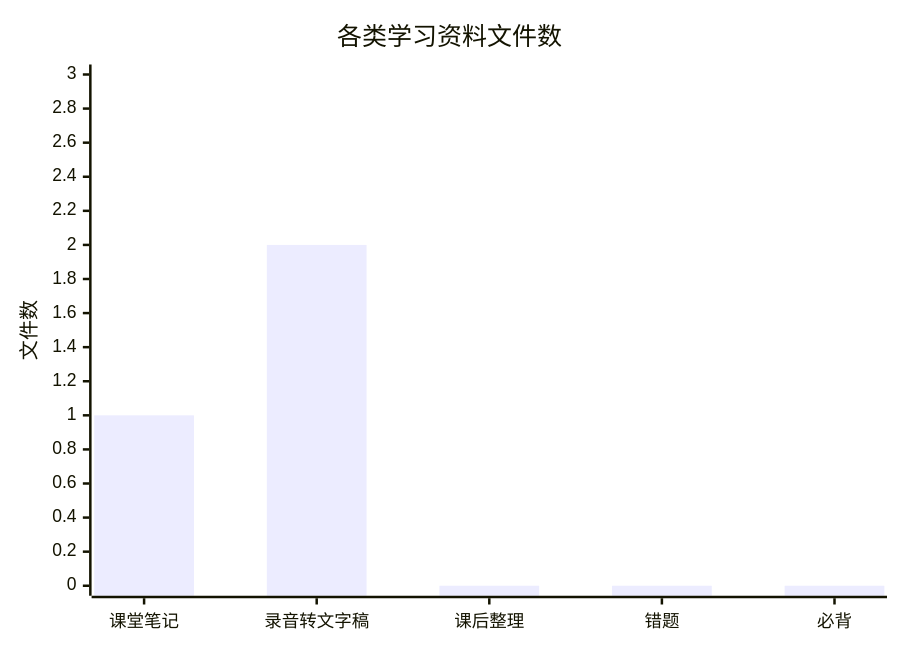
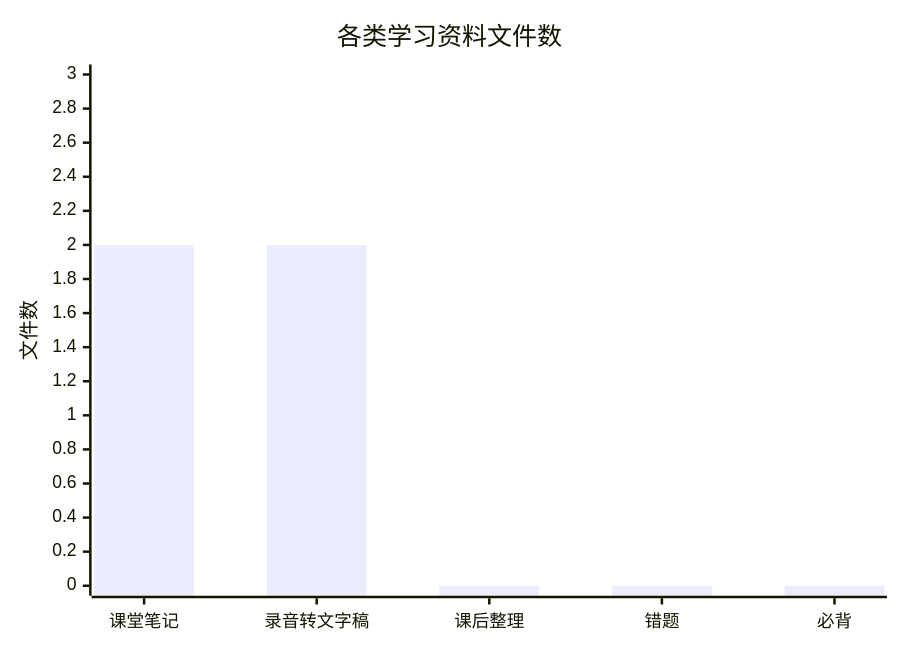
The third of 3 diagrams in README.md (zhuchenyu2008/Learning-Library), drawn with Mermaid before and after one commit. The commit also changed other lines of this file, not shown here.

````diff
--- a/README.md
+++ b/README.md
@@ -55,7 +55,7 @@
 ```mermaid
 xychart-beta
     title "各类学习资料文件数"
     x-axis ["课堂笔记", "录音转文字稿", "课后整理", "错题", "必背"]
     y-axis "文件数" 0 --> 3
-    bar [1, 2, 0, 0, 0]
+    bar [2, 2, 0, 0, 0]
 ```
````
